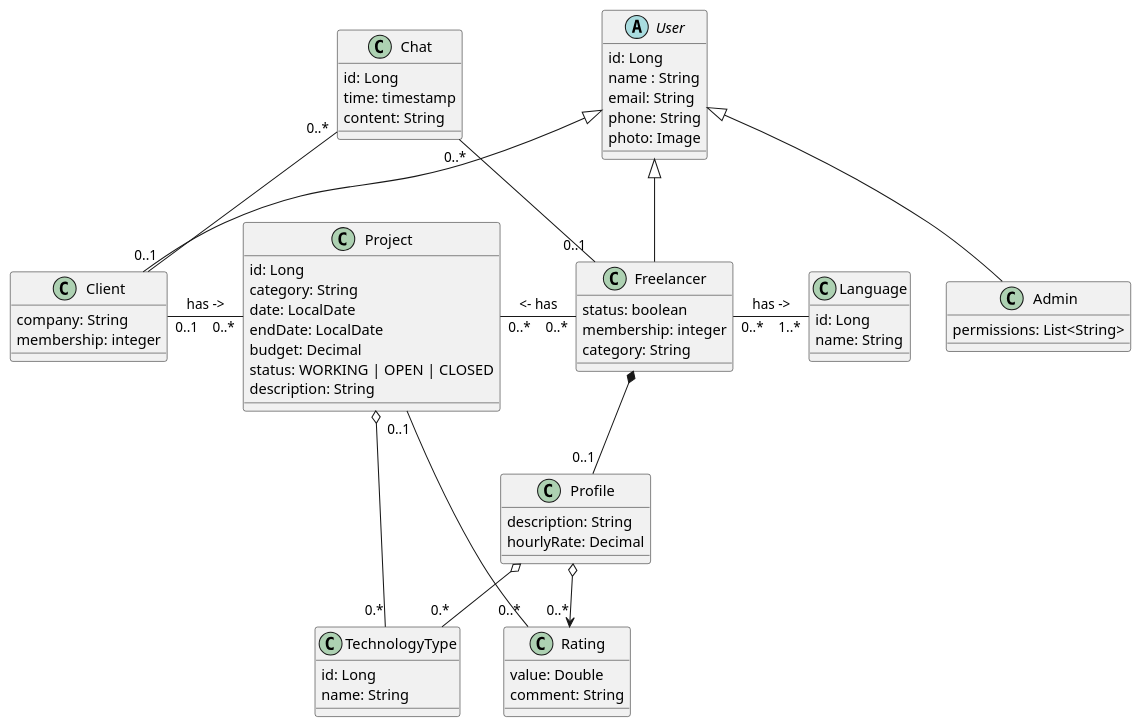
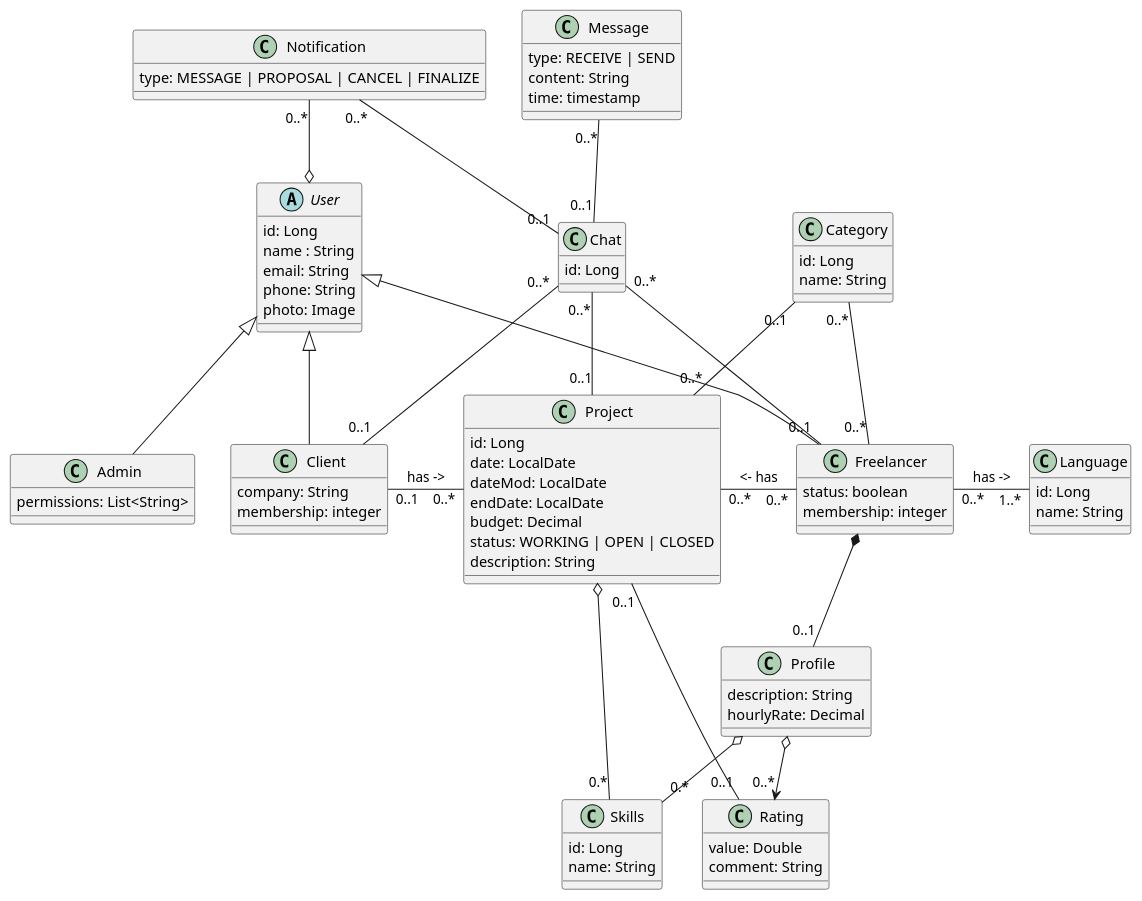
Before and after one commit to Pesagniya/privatevoid: the diagram in docs/modeloconceitual.puml, drawn with PlantUML.

```diff
--- a/docs/modeloconceitual.puml
+++ b/docs/modeloconceitual.puml
@@ -1,78 +1,97 @@
 @startuml
 abstract class User {
     id: Long
     name : String
     email: String
     phone: String
     photo: Image
 }   
 
 class Freelancer {
     status: boolean 
     membership: integer
-    category: String
 }
 
 class Chat {
     id: Long
-    time: timestamp
-    content: String
 }
 
 class Client {
      company: String
      membership: integer
 }
 
+class Notification {
+    type: MESSAGE | PROPOSAL | CANCEL | FINALIZE
+}
 
-class TechnologyType {
+
+class Skills {
     id: Long
     name: String
 }
 
 
 class Project {
     id: Long
-    category: String
     date: LocalDate
+    dateMod: LocalDate
     endDate: LocalDate
     budget: Decimal
     status: WORKING | OPEN | CLOSED
     description: String
 
 }
 
 class Profile {
     description: String
     hourlyRate: Decimal
 }
 
 class Rating {
     value: Double
     comment: String
 }
 
+class Category {
+    id: Long
+    name: String
+}
 
 class Language {
     id: Long
     name: String
+}
+
+class Message {
+    type: RECEIVE | SEND
+    content: String
+    time: timestamp
+
 }
 
 class Admin {
     permissions: List<String>
 }
 
 User              <|--             Client
 User              <|--             Freelancer
 User              <|--             Admin
-Project      o--  "0.*"   TechnologyType
-Profile  o--  "0.*"   TechnologyType
+Project      o--  "0.*"   Skills
+Profile  o--  "0.*"   Skills
 Project "0..*"   -l-     "0..1"  Client            : has ->
 Project "0..*"   -r-     "0..*"  Freelancer      : <- has
 Freelancer *-- "0..1" Profile
 Freelancer "0..*"   -r-     "1..*"  Language           : has ->
 Profile o--> "0..*" Rating
-Project "0..1" -- "0..*" Rating
+Project "0..1" -- "0..1" Rating
 Chat "0..*"   --     "0..1"  Client
+Category "0..1"   --     "0..*"  Project
+Category "0..*"   --     "0..*"  Freelancer
+User o-u- "0..*"   Notification
 Chat "0..*"   --     "0..1"  Freelancer
+Chat "0..*"   --     "0..1"  Project
+Chat "0..1"   -l-     "0..*"  Notification
+Chat "0..1"   -u-     "0..*"  Message
+
 @enduml
```
